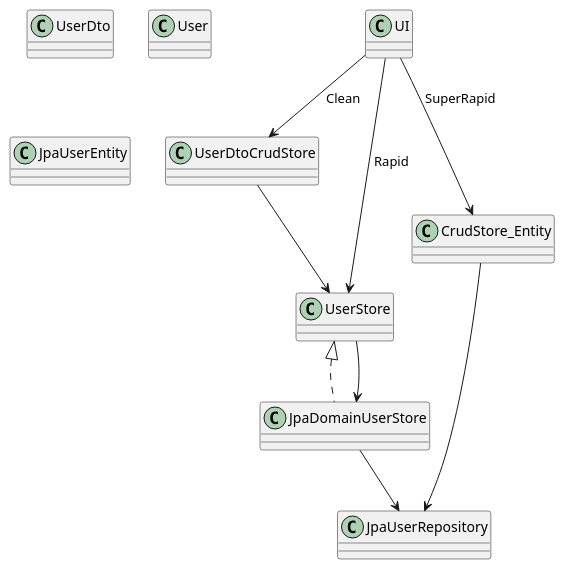
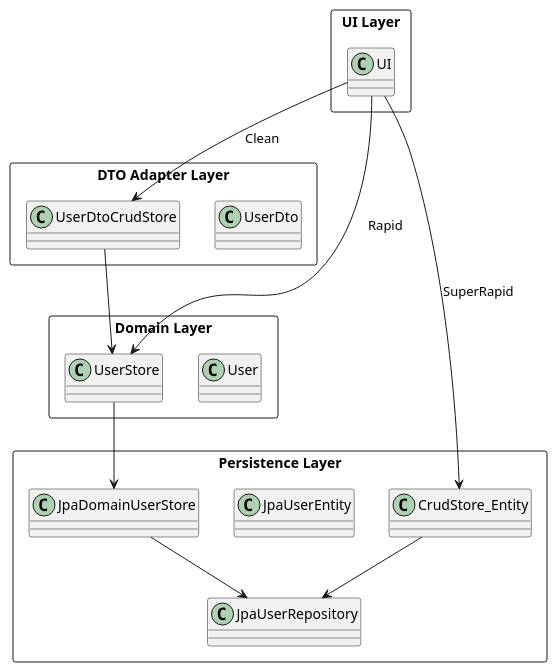
The diagram in docs/Clean vs Rapid Mode.puml (Allarion/javaholic-modules), drawn with PlantUML before and after one commit. The commit also changed 1 other file, not shown here.

```diff
--- a/docs/Clean vs Rapid Mode.puml
+++ b/docs/Clean vs Rapid Mode.puml
@@ -1,40 +1,56 @@
 @startuml
+top to bottom direction
 
-class UI
+' =========================
+' UI Layer
+' =========================
+rectangle "UI Layer" {
+  class UI
+}
 
-class UserDto
-class UserDtoCrudStore
+' =========================
+' DTO Layer (Clean Mode)
+' =========================
+rectangle "DTO Adapter Layer" {
+  class UserDto
+  class UserDtoCrudStore
+}
 
-class User
-class UserStore
-class JpaDomainUserStore
+' =========================
+' Domain Layer
+' =========================
+rectangle "Domain Layer" {
+  class User
+  class UserStore
+}
 
-class JpaUserEntity
-class CrudStore_Entity
-
-class JpaUserRepository
+' =========================
+' Persistence Layer
+' =========================
+rectangle "Persistence Layer" {
+  class JpaDomainUserStore
+  class JpaUserEntity
+  class JpaUserRepository
+  class CrudStore_Entity
+}
 
 ' -------------------------
-' Clean Mode
+' Clean Mode Flow
 ' -------------------------
-
 UI --> UserDtoCrudStore : Clean
 UserDtoCrudStore --> UserStore
-UserStore <|.. JpaDomainUserStore
+UserStore --> JpaDomainUserStore
 JpaDomainUserStore --> JpaUserRepository
 
 ' -------------------------
-' Rapid Mode
+' Rapid Mode Flow
 ' -------------------------
-
 UI --> UserStore : Rapid
-UserStore --> JpaDomainUserStore
 
 ' -------------------------
-' Super-Rapid Mode
+' Super-Rapid Mode Flow
 ' -------------------------
-
 UI --> CrudStore_Entity : SuperRapid
 CrudStore_Entity --> JpaUserRepository
 
 @enduml
```
